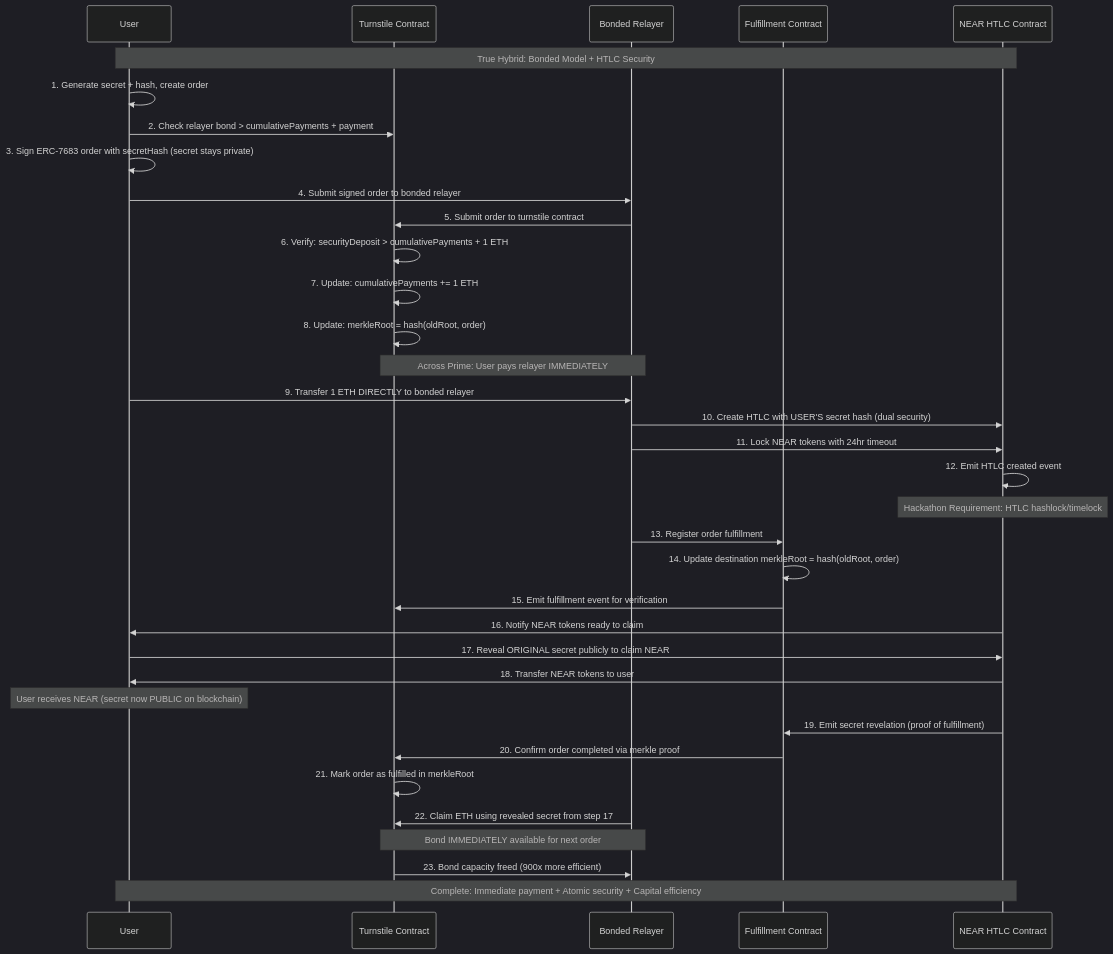
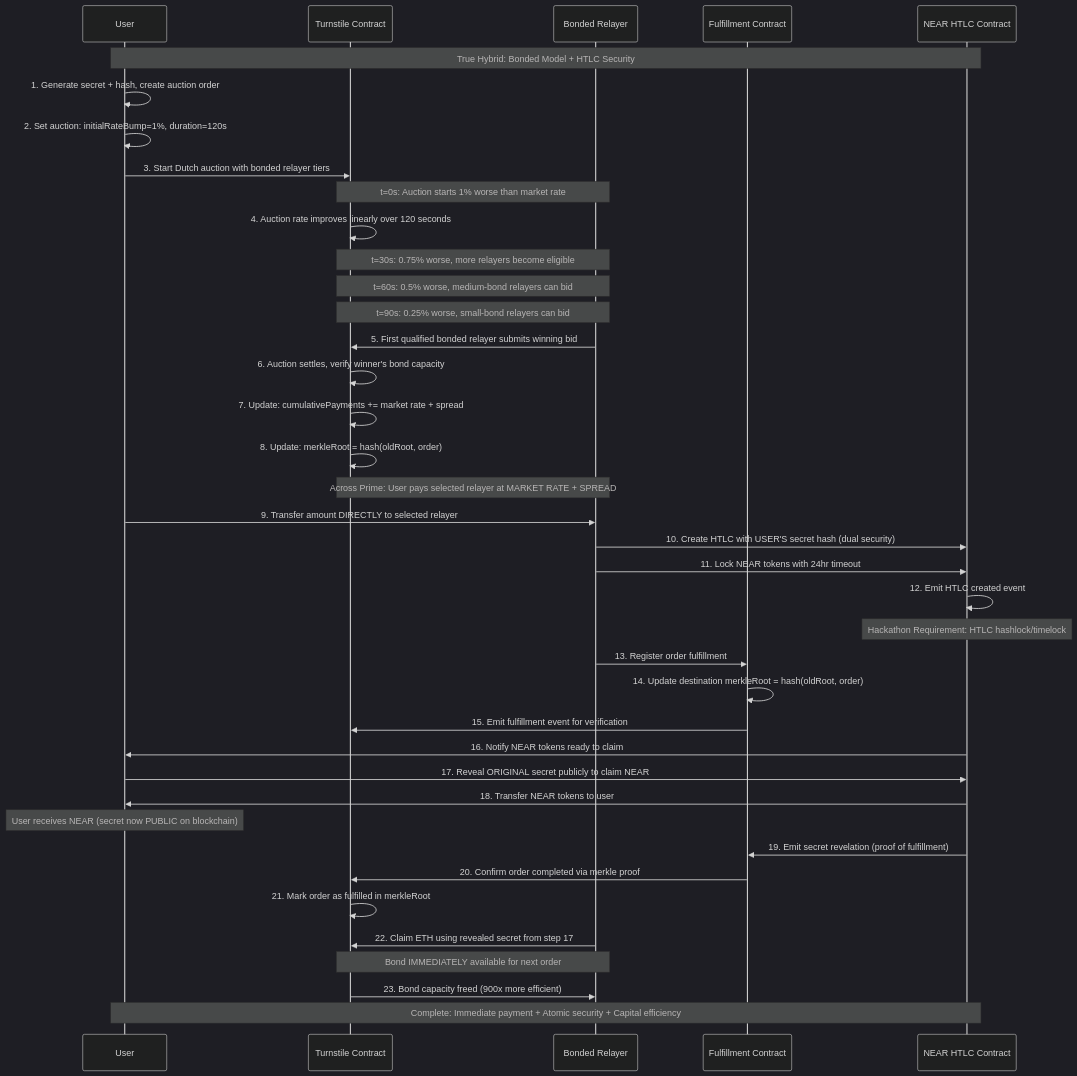
The diagram in docs/PRD.md (0xYudhishthra/1prime), drawn with Mermaid (dark theme) before and after one commit. The commit also changed other lines of this file and 7 other files, not shown here.

````diff
--- a/docs/PRD.md
+++ b/docs/PRD.md
@@ -71,55 +71,61 @@
 ```mermaid
 sequenceDiagram
     participant User as User
     participant TC as Turnstile Contract
     participant BR as Bonded Relayer
     participant FC as Fulfillment Contract
     participant NHC as NEAR HTLC Contract
 
     Note over User, NHC: True Hybrid: Bonded Model + HTLC Security
 
-    %% Phase 1: Bond Verification & Order Submission
-    User->>User: 1. Generate secret + hash, create order
-    User->>TC: 2. Check relayer bond > cumulativePayments + payment
-    User->>User: 3. Sign ERC-7683 order with secretHash (secret stays private)
+    %% Phase 1: Dutch Auction Setup & Bond Verification
+    User->>User: 1. Generate secret + hash, create auction order
+    User->>User: 2. Set auction: initialRateBump=1%, duration=120s
+    User->>TC: 3. Start Dutch auction with bonded relayer tiers
 
-    %% Phase 2: Immediate Payment (Across Prime Innovation)
-    User->>BR: 4. Submit signed order to bonded relayer
-    BR->>TC: 5. Submit order to turnstile contract
-    TC->>TC: 6. Verify: securityDeposit > cumulativePayments + 1 ETH
-    TC->>TC: 7. Update: cumulativePayments += 1 ETH
+    %% Phase 2: Dutch Auction Price Discovery (Fusion+ Standard)
+    Note over TC, BR: t=0s: Auction starts 1% worse than market rate
+    TC->>TC: 4. Auction rate improves linearly over 120 seconds
+    Note over TC, BR: t=30s: 0.75% worse, more relayers become eligible
+    Note over TC, BR: t=60s: 0.5% worse, medium-bond relayers can bid
+    Note over TC, BR: t=90s: 0.25% worse, small-bond relayers can bid
+    BR->>TC: 5. First qualified bonded relayer submits winning bid
+    TC->>TC: 6. Auction settles, verify winner's bond capacity
+
+    %% Phase 3: Immediate Payment (Across Prime + Market Rate)
+    TC->>TC: 7. Update: cumulativePayments += market rate + spread
     TC->>TC: 8. Update: merkleRoot = hash(oldRoot, order)
 
-    Note over TC, BR: Across Prime: User pays relayer IMMEDIATELY
-    User->>BR: 9. Transfer 1 ETH DIRECTLY to bonded relayer
+    Note over TC, BR: Across Prime: User pays selected relayer at MARKET RATE + SPREAD
+    User->>BR: 9. Transfer amount DIRECTLY to selected relayer
 
     %% Phase 3: HTLC Creation (Atomic Security Layer)
     BR->>NHC: 10. Create HTLC with USER'S secret hash (dual security)
     BR->>NHC: 11. Lock NEAR tokens with 24hr timeout
     NHC->>NHC: 12. Emit HTLC created event
 
     Note over NHC: Hackathon Requirement: HTLC hashlock/timelock
 
     %% Phase 4: Fulfillment Tracking
     BR->>FC: 13. Register order fulfillment
     FC->>FC: 14. Update destination merkleRoot = hash(oldRoot, order)
     FC->>TC: 15. Emit fulfillment event for verification
 
     %% Phase 5: User Claims (Atomic Security)
     NHC->>User: 16. Notify NEAR tokens ready to claim
     User->>NHC: 17. Reveal ORIGINAL secret publicly to claim NEAR
     NHC->>User: 18. Transfer NEAR tokens to user
 
     Note over User: User receives NEAR (secret now PUBLIC on blockchain)
 
     %% Phase 6: Capital Efficiency Realized
     NHC->>FC: 19. Emit secret revelation (proof of fulfillment)
     FC->>TC: 20. Confirm order completed via merkle proof
     TC->>TC: 21. Mark order as fulfilled in merkleRoot
     BR->>TC: 22. Claim ETH using revealed secret from step 17
 
     Note over TC, BR: Bond IMMEDIATELY available for next order
     TC->>BR: 23. Bond capacity freed (900x more efficient)
 
     Note over User, NHC: Complete: Immediate payment + Atomic security + Capital efficiency
 ```
````
